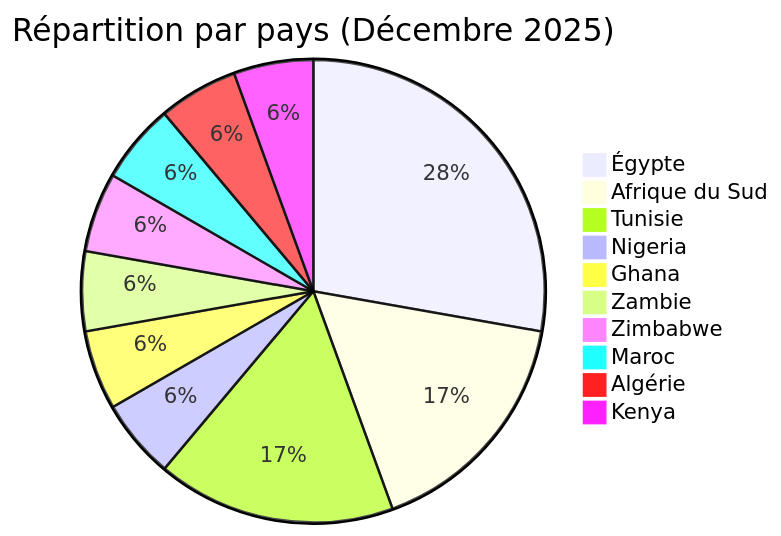
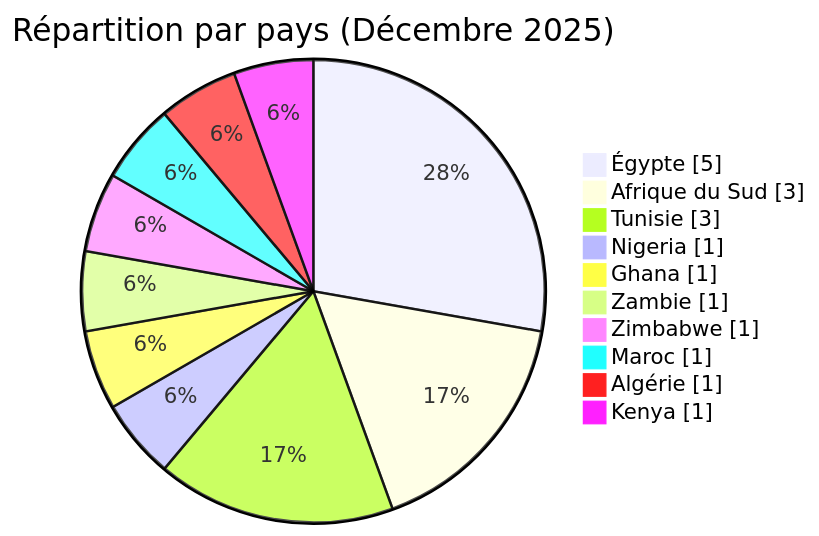
The second of 4 diagrams in CyberAttackAfrica/2025/12-december/README_FR.md (Hatchepsoute/AFRINTEL), drawn with Mermaid before and after one commit. The commit also changed other lines of this file and 182 other files, not shown here.

````diff
--- a/CyberAttackAfrica/2025/12-december/README_FR.md
+++ b/CyberAttackAfrica/2025/12-december/README_FR.md
@@ -96,13 +99,14 @@
 ```mermaid
-pie title Répartition par pays (Décembre 2025)
+pie showData
+    title Répartition par pays (Décembre 2025)
     "Égypte" : 5
     "Afrique du Sud" : 3
     "Tunisie" : 3
     "Nigeria" : 1
     "Ghana" : 1
     "Zambie" : 1
     "Zimbabwe" : 1
     "Maroc" : 1
     "Algérie" : 1
     "Kenya" : 1
 ```
````
